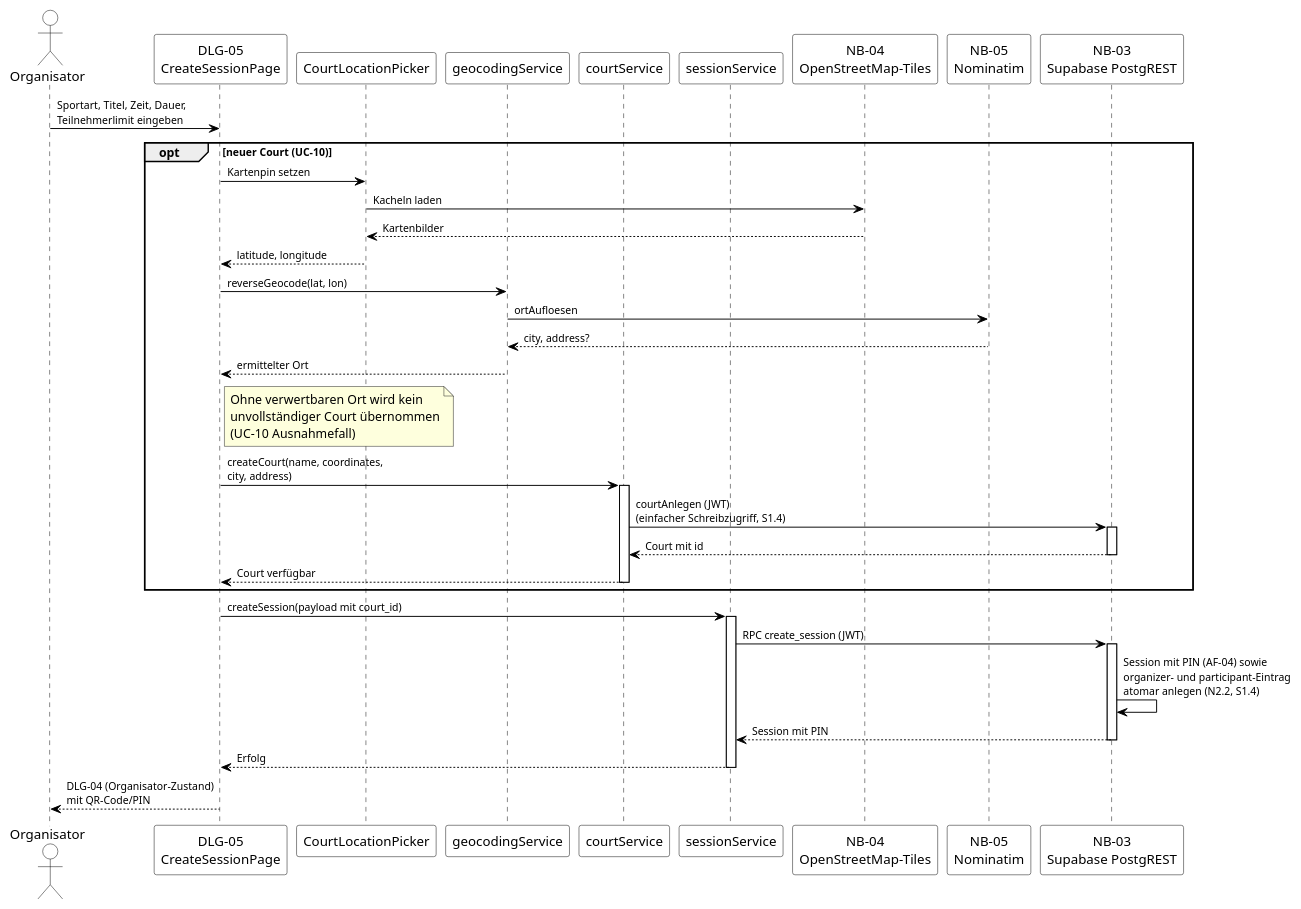
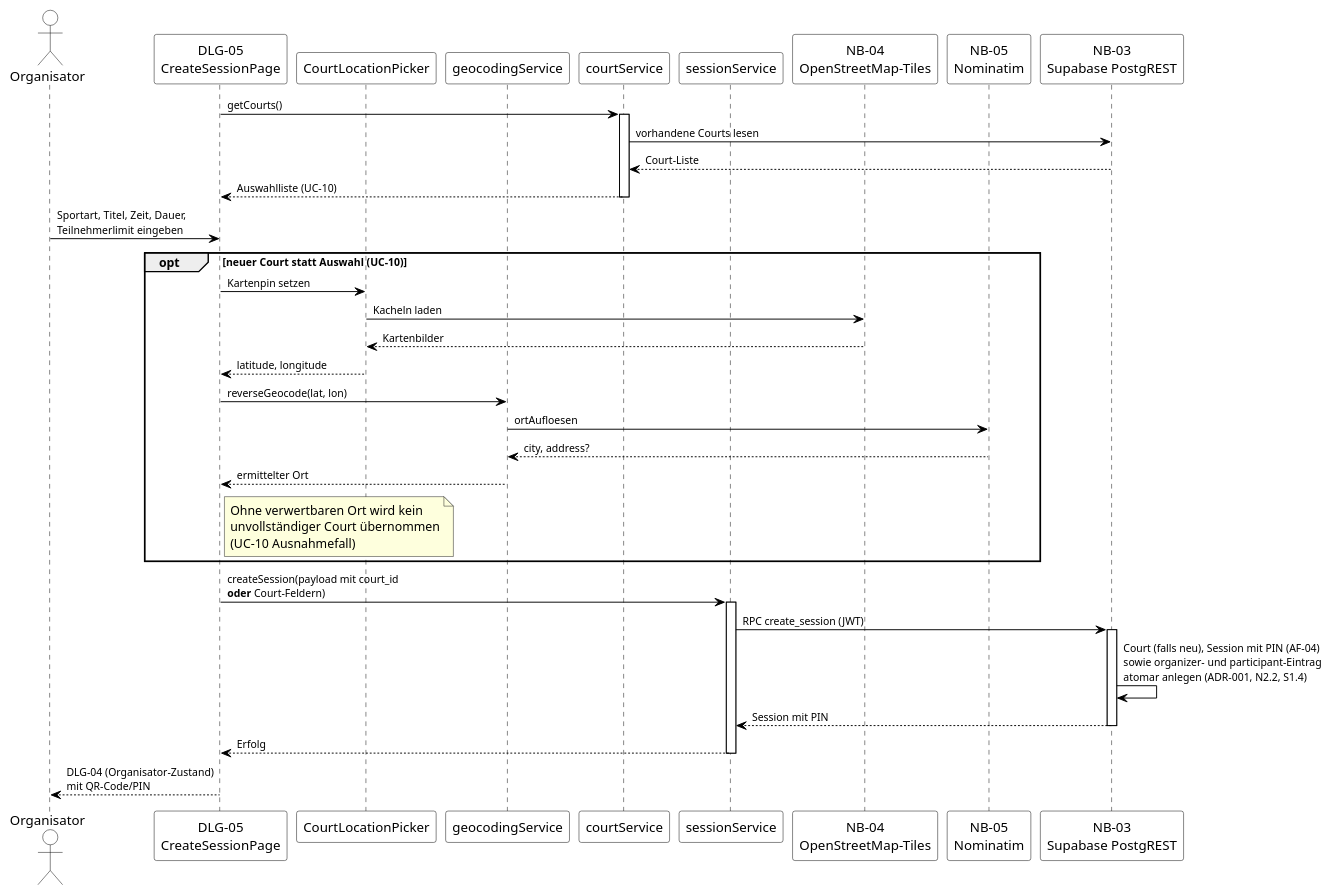
One commit to Finn5k/Wirtschaftsinformatik-Projekt-I changed the diagram in docs/arch/diagrams/A06-session-und-court-erstellen.puml. Above: the diagram before and after it, drawn with PlantUML. The commit also changed 9 other files, not shown here.

```diff
--- a/docs/arch/diagrams/A06-session-und-court-erstellen.puml
+++ b/docs/arch/diagrams/A06-session-und-court-erstellen.puml
@@ -1,63 +1,61 @@
 @startuml A06-session-und-court-erstellen
 skinparam backgroundColor White
 skinparam shadowing false
 skinparam ArrowColor Black
 skinparam ArrowFontSize 11
 skinparam sequence {
   LifelineBorderColor Black
   ParticipantBorderColor Black
   ParticipantBackgroundColor White
   ActorBorderColor Black
   ActorBackgroundColor White
 }
 
 actor Organisator
 participant "DLG-05\nCreateSessionPage" as Create
 participant "CourtLocationPicker" as Map
 participant "geocodingService" as Geo
 participant "courtService" as CourtSvc
 participant "sessionService" as Service
 participant "NB-04\nOpenStreetMap-Tiles" as OSM
 participant "NB-05\nNominatim" as Nominatim
 participant "NB-03\nSupabase PostgREST" as API
 
+Create -> CourtSvc : getCourts()
+activate CourtSvc
+CourtSvc -> API : vorhandene Courts lesen
+API --> CourtSvc : Court-Liste
+CourtSvc --> Create : Auswahlliste (UC-10)
+deactivate CourtSvc
+
 Organisator -> Create : Sportart, Titel, Zeit, Dauer,\nTeilnehmerlimit eingeben
 
-opt neuer Court (UC-10)
+opt neuer Court statt Auswahl (UC-10)
   Create -> Map : Kartenpin setzen
   Map -> OSM : Kacheln laden
   OSM --> Map : Kartenbilder
   Map --> Create : latitude, longitude
   Create -> Geo : reverseGeocode(lat, lon)
   Geo -> Nominatim : ortAufloesen
   Nominatim --> Geo : city, address?
   Geo --> Create : ermittelter Ort
   note right of Create
     Ohne verwertbaren Ort wird kein
     unvollständiger Court übernommen
     (UC-10 Ausnahmefall)
   end note
-
-  Create -> CourtSvc : createCourt(name, coordinates,\ncity, address)
-  activate CourtSvc
-  CourtSvc -> API : courtAnlegen (JWT)\n(einfacher Schreibzugriff, S1.4)
-  activate API
-  API --> CourtSvc : Court mit id
-  deactivate API
-  CourtSvc --> Create : Court verfügbar
-  deactivate CourtSvc
 end
 
-Create -> Service : createSession(payload mit court_id)
+Create -> Service : createSession(payload mit court_id\n**oder** Court-Feldern)
 activate Service
 Service -> API : RPC create_session (JWT)
 activate API
-API -> API : Session mit PIN (AF-04) sowie\norganizer- und participant-Eintrag\natomar anlegen (N2.2, S1.4)
+API -> API : Court (falls neu), Session mit PIN (AF-04)\nsowie organizer- und participant-Eintrag\natomar anlegen (ADR-001, N2.2, S1.4)
 API --> Service : Session mit PIN
 deactivate API
 Service --> Create : Erfolg
 deactivate Service
 
 Create --> Organisator : DLG-04 (Organisator-Zustand)\nmit QR-Code/PIN
 
 @enduml
```
